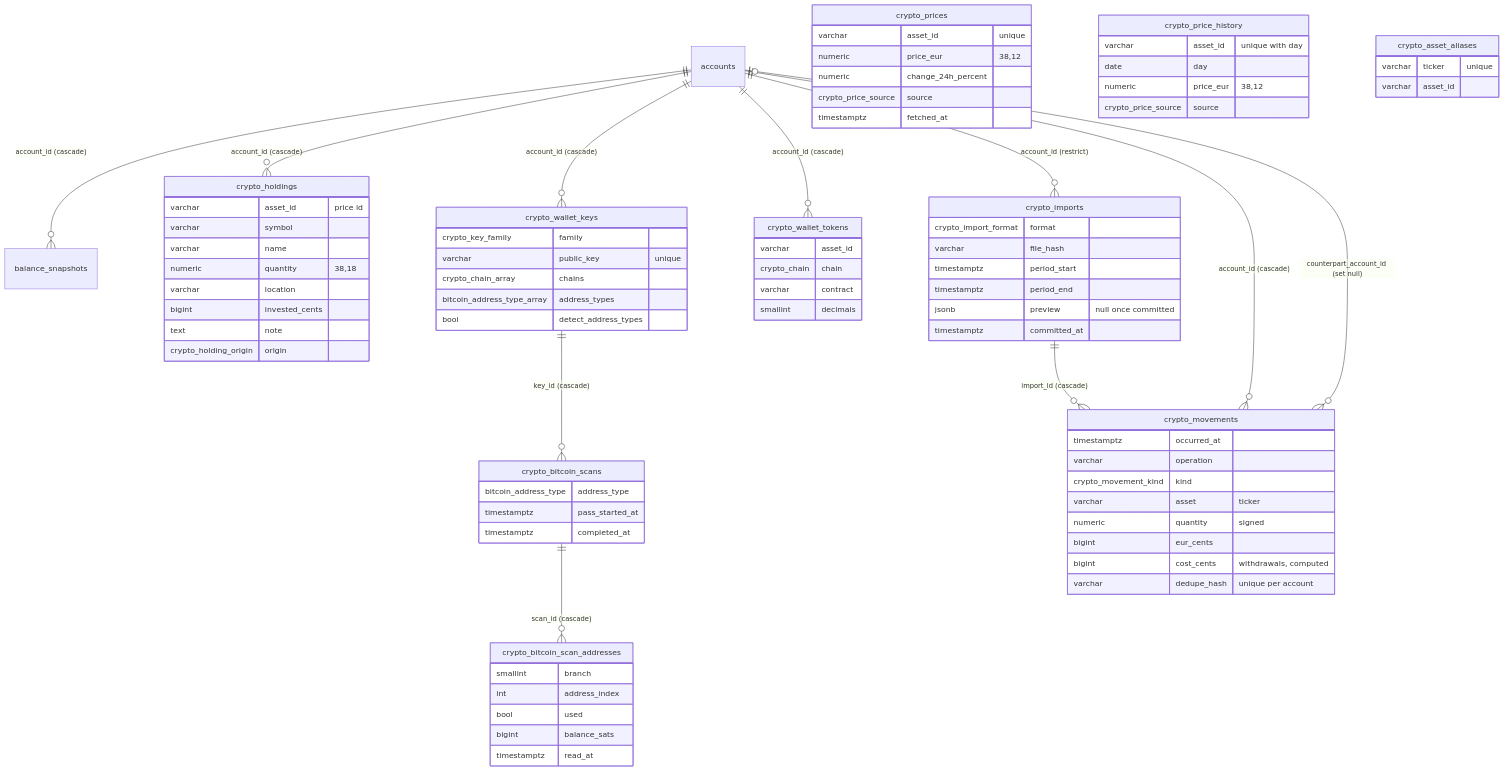
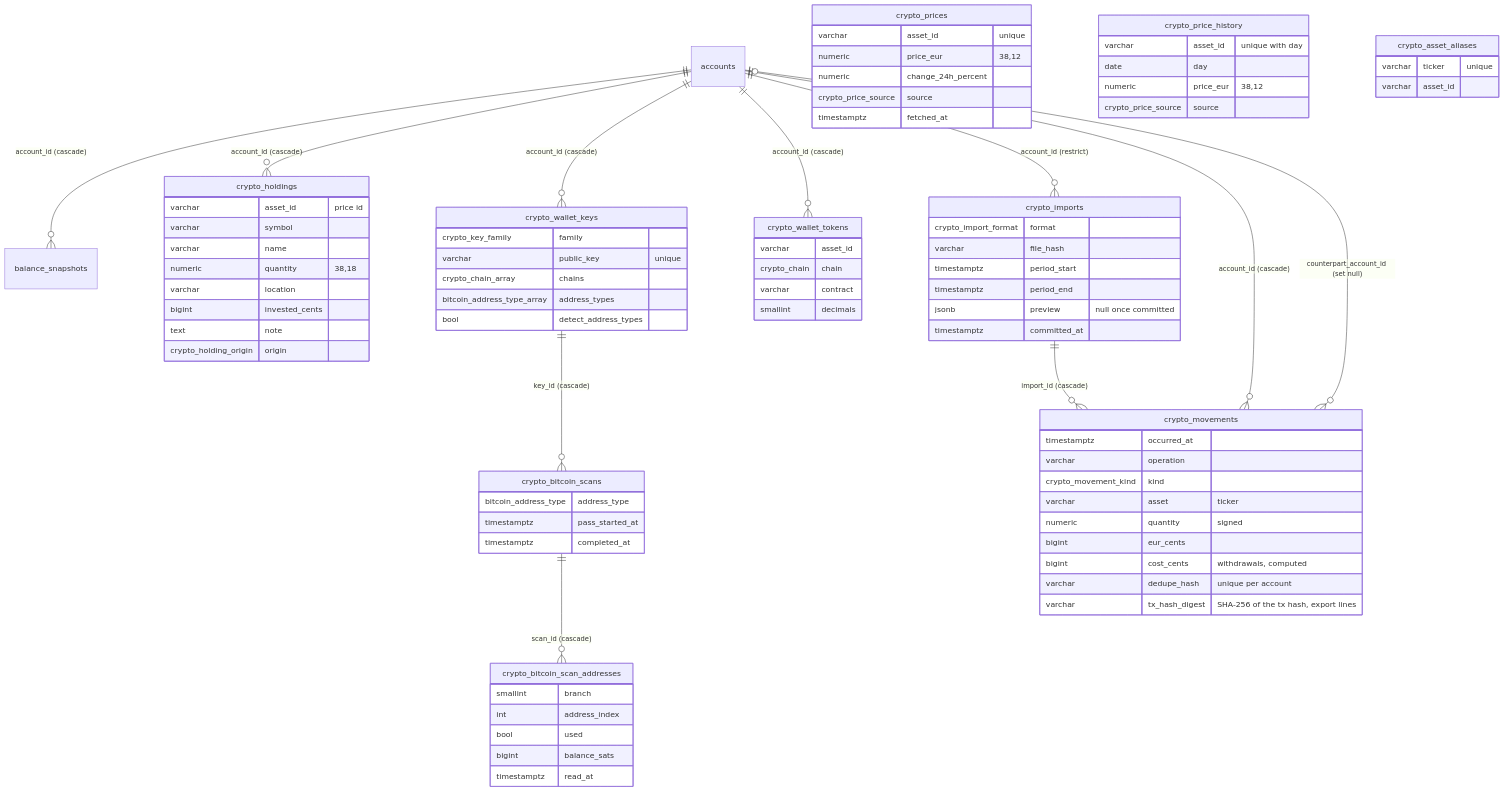
The second of 3 diagrams in docs/architecture/data-model.md (GregoireBDN/capi), drawn with Mermaid before and after one commit. The commit also changed other lines of this file and 28 other files, not shown here.

````diff
--- a/docs/architecture/data-model.md
+++ b/docs/architecture/data-model.md
@@ -263,5 +263,6 @@
     bigint eur_cents
     bigint cost_cents "withdrawals, computed"
     varchar dedupe_hash "unique per account"
+    varchar tx_hash_digest "SHA-256 of the tx hash, export lines"
   }
 ```
````
